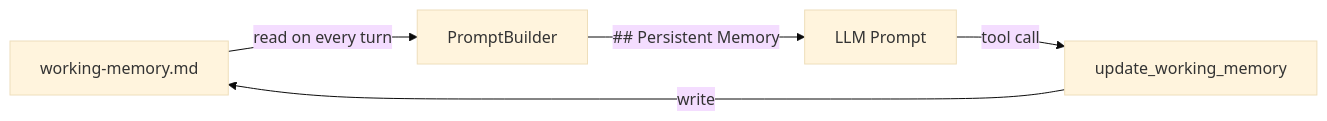
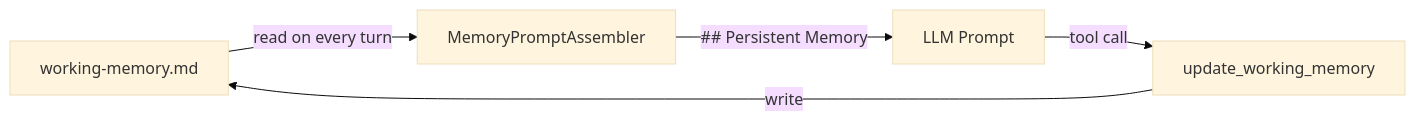
The diagram in docs/features/working-memory.md (framersai/agentos-live-docs), drawn with Mermaid (base theme) before and after one commit. The commit also changed other lines of this file, not shown here.

Commit message:
docs(working-memory): refresh mirror with source links + MemoryPromptAssembler rename

````diff
--- a/docs/features/working-memory.md
+++ b/docs/features/working-memory.md
@@ -20,7 +22,7 @@
 ```mermaid
 flowchart LR
-  A[working-memory.md] -->|read on every turn| B[PromptBuilder]
+  A[working-memory.md] -->|read on every turn| B[MemoryPromptAssembler]
   B -->|"## Persistent Memory"| C[LLM Prompt]
   C -->|tool call| D[update_working_memory]
   D -->|write| A
 ```
````
